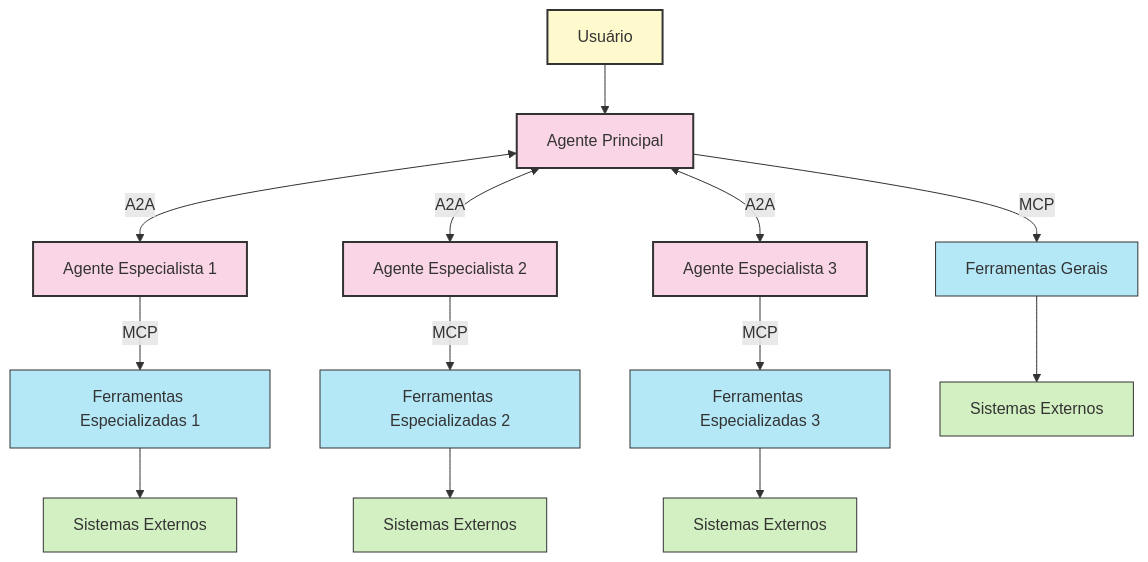
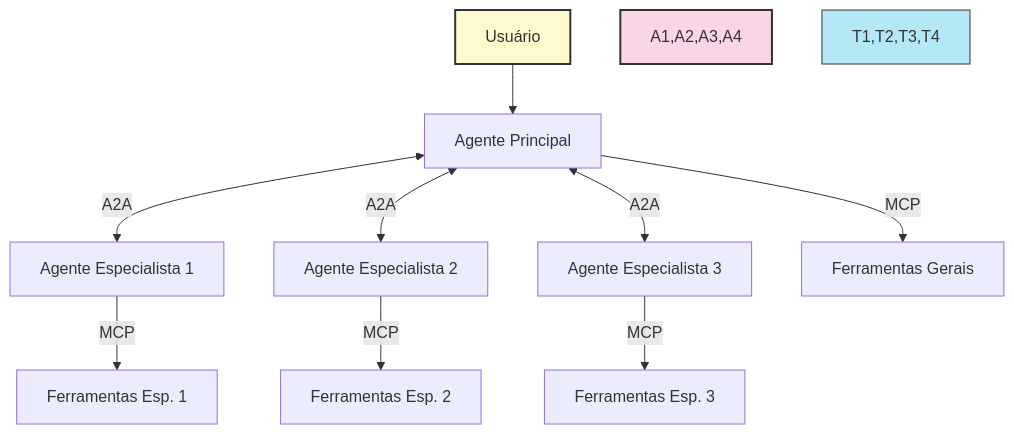
Diagram 11 of 11 in AI/Communication/A2A/a2a - overview.md (felipepimentel/my-public-notes), drawn with Mermaid before and after one commit. The commit also changed other lines of this file, not shown here.

````diff
--- a/AI/Communication/A2A/a2a - overview.md
+++ b/AI/Communication/A2A/a2a - overview.md
@@ -514,45 +449,17 @@
 ```mermaid
-
 graph TD
-
-User[Usuário] --> A1[Agente Principal]
-
-A1 <-->|A2A| A2[Agente Especialista 1]
-
-A1 <-->|A2A| A3[Agente Especialista 2]
-
-A1 <-->|A2A| A4[Agente Especialista 3]
-
-A1 -->|MCP| T1[Ferramentas Gerais]
-
-A2 -->|MCP| T2[Ferramentas Especializadas 1]
-
-A3 -->|MCP| T3[Ferramentas Especializadas 2]
-
-A4 -->|MCP| T4[Ferramentas Especializadas 3]
-
-T1 --> S1[Sistemas Externos]
-
-T2 --> S2[Sistemas Externos]
-
-T3 --> S3[Sistemas Externos]
-
-T4 --> S4[Sistemas Externos]
-
-classDef user fill:#fffacd,stroke:#333,stroke-width:2px;
-
-classDef agent fill:#f9d5e5,stroke:#333,stroke-width:2px;
-
-classDef tool fill:#b5e8f7,stroke:#333,stroke-width:1px;
-
-classDef system fill:#d3f0c2,stroke:#333,stroke-width:1px;
-
-class User user;
-
-class A1,A2,A3,A4 agent;
-
-class T1,T2,T3,T4 tool;
-
-class S1,S2,S3,S4 system;
-
+    U[Usuário] --> A1[Agente Principal]
+    
+    A1 <-->|A2A| A2[Agente Especialista 1]
+    A1 <-->|A2A| A3[Agente Especialista 2]
+    A1 <-->|A2A| A4[Agente Especialista 3]
+    
+    A1 -->|MCP| T1[Ferramentas Gerais]
+    A2 -->|MCP| T2[Ferramentas Esp. 1]
+    A3 -->|MCP| T3[Ferramentas Esp. 2]
+    A4 -->|MCP| T4[Ferramentas Esp. 3]
+    
+    style U fill:#fffacd,stroke:#333,stroke-width:2px
+    style A1,A2,A3,A4 fill:#f9d5e5,stroke:#333,stroke-width:2px
+    style T1,T2,T3,T4 fill:#b5e8f7,stroke:#333,stroke-width:1px
 ```
````
